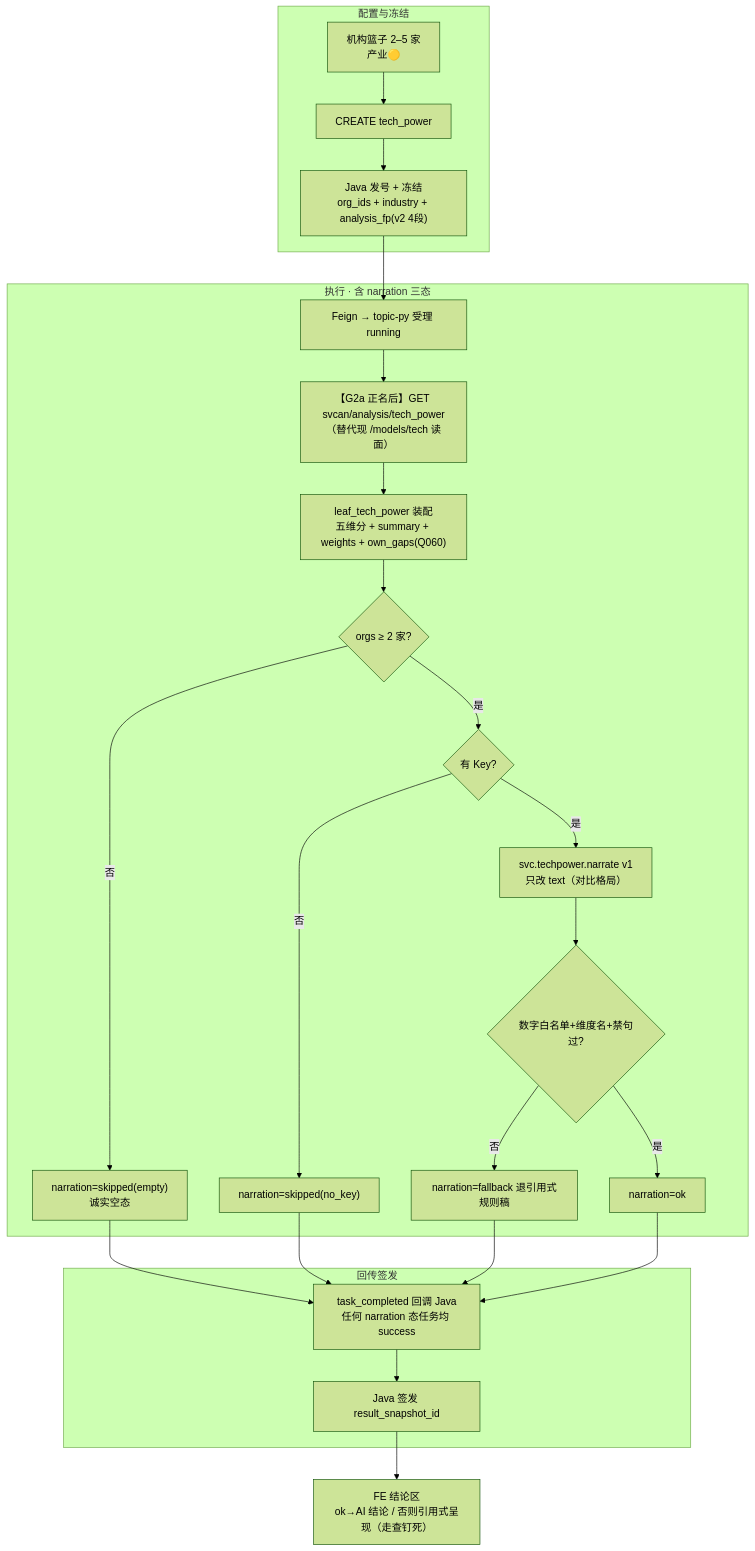
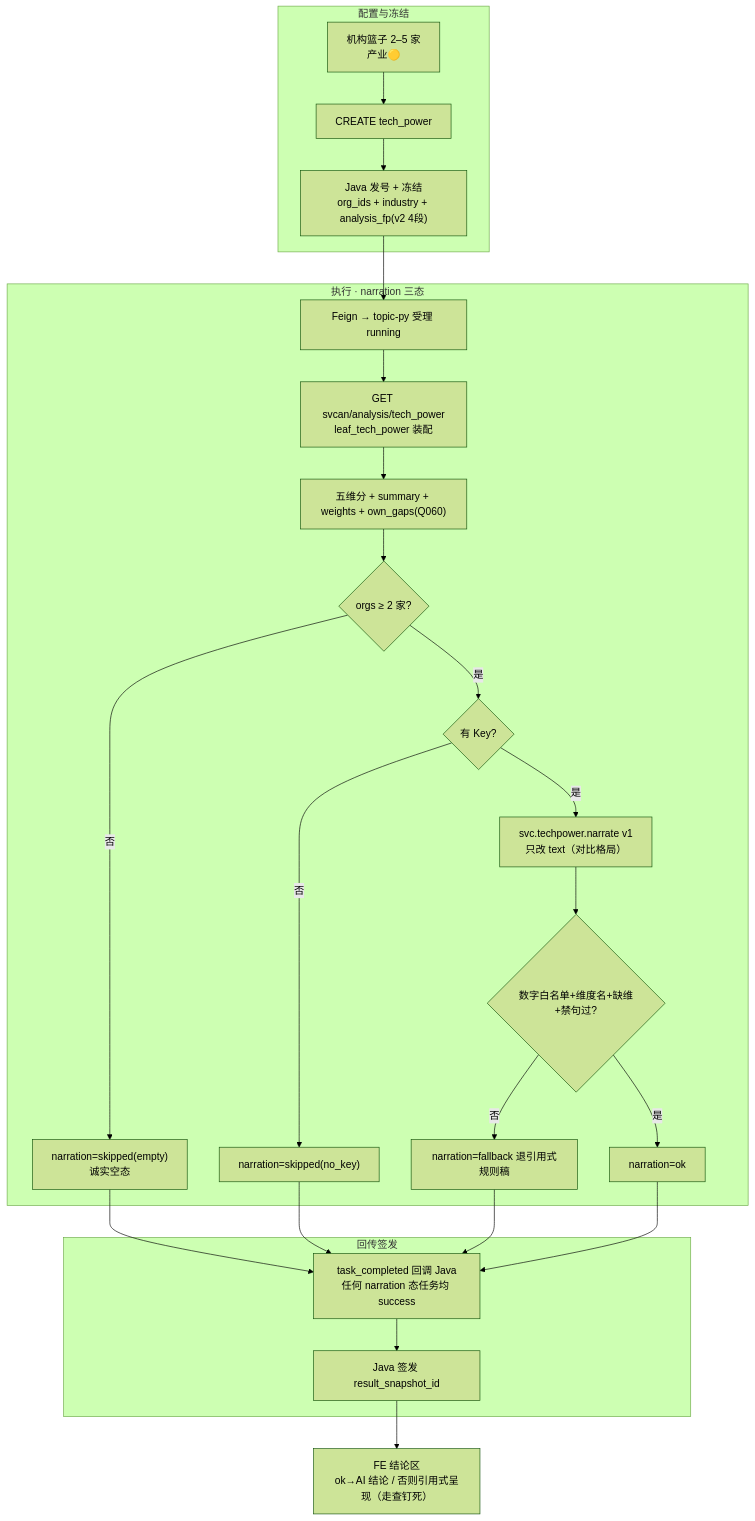
The diagram in agent-delivery/agent-handoffs/产品整体定义/科技专题服务系统-完整详细设计/05.7.3-服务机构技术力评估对比分析.md (Marisolebxf/-), drawn with Mermaid (forest theme) before and after one commit. The commit also changed other lines of this file and 2 other files, not shown here.

First line of the commit message:
[agent:architect-agent] docs(svc): 05.7.1/05.7.3/05.7.4 改版为行为规格体例（删对照/缺口/目标态章节）

````diff
--- a/agent-delivery/agent-handoffs/产品整体定义/科技专题服务系统-完整详细设计/05.7.3-服务机构技术力评估对比分析.md
+++ b/agent-delivery/agent-handoffs/产品整体定义/科技专题服务系统-完整详细设计/05.7.3-服务机构技术力评估对比分析.md
@@ -47,28 +29,28 @@
 ```mermaid
 flowchart TD
   subgraph cfg [配置与冻结]
     A["机构篮子 2–5 家<br/>产业🟡"] --> B["CREATE tech_power"]
     B --> C["Java 发号 + 冻结<br/>org_ids + industry + analysis_fp(v2 4段)"]
   end
-  subgraph pipe [执行 · 含 narration 三态]
+  subgraph pipe [执行 · narration 三态]
     C --> D["Feign → topic-py 受理 running"]
-    D --> F["【G2a 正名后】GET svcan/analysis/tech_power<br/>（替代现 /models/tech 读面）"]
-    F --> G["leaf_tech_power 装配<br/>五维分 + summary + weights + own_gaps(Q060)"]
+    D --> F["GET svcan/analysis/tech_power<br/>leaf_tech_power 装配"]
+    F --> G["五维分 + summary + weights + own_gaps(Q060)"]
     G --> H{"orgs ≥ 2 家?"}
     H -->|否| EM["narration=skipped(empty)<br/>诚实空态"]
     H -->|是| I{"有 Key?"}
     I -->|否| SK["narration=skipped(no_key)"]
     I -->|是| L["svc.techpower.narrate v1<br/>只改 text（对比格局）"]
-    L --> V{"数字白名单+维度名+禁句过?"}
+    L --> V{"数字白名单+维度名+缺维+禁句过?"}
     V -->|否| FB["narration=fallback 退引用式规则稿"]
     V -->|是| OK["narration=ok"]
   end
   subgraph back [回传签发]
     EM --> CB["task_completed 回调 Java<br/>任何 narration 态任务均 success"]
     SK --> CB
     FB --> CB
     OK --> CB
     CB --> S["Java 签发 result_snapshot_id"]
   end
   S --> R["FE 结论区<br/>ok→AI 结论 / 否则引用式呈现（走查钉死）"]
 ```
````
